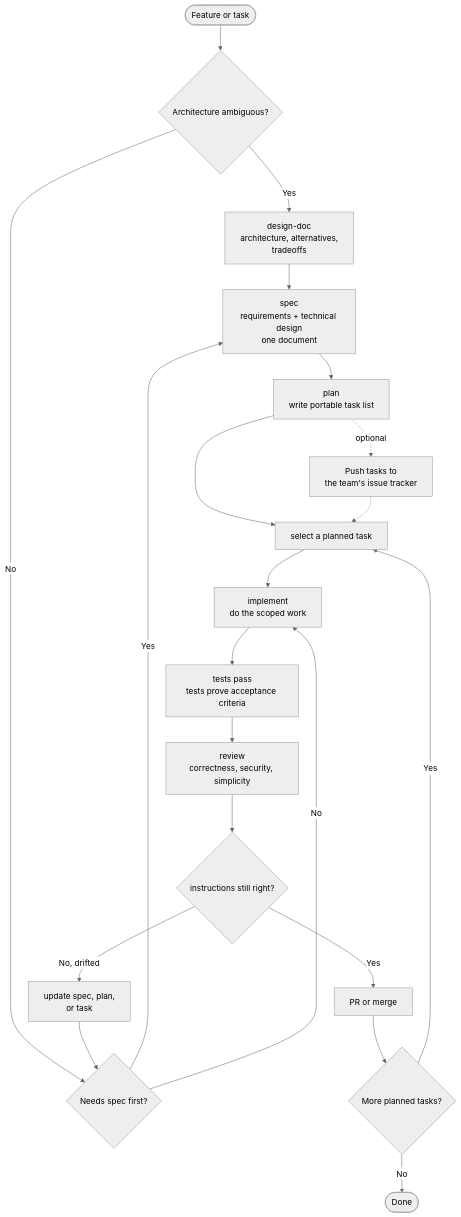
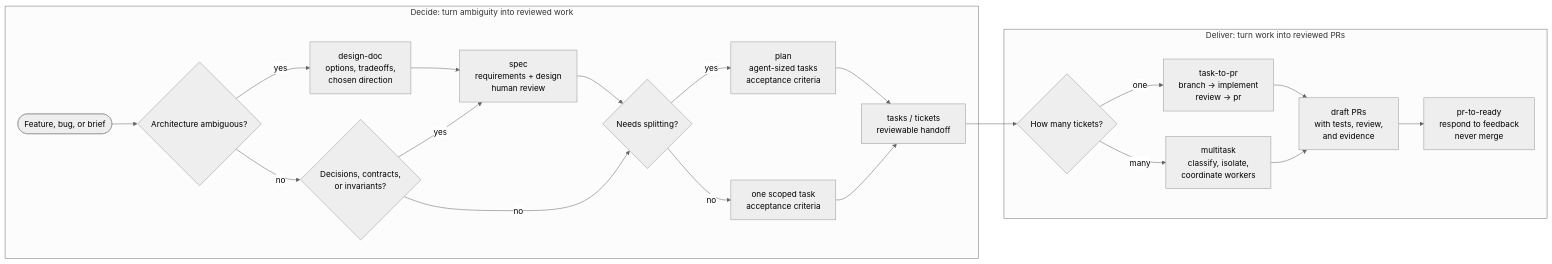
The first of 2 diagrams in README.md (owainlewis/blueprint), drawn with Mermaid (neutral theme) before and after one commit. The commit also changed other lines of this file, not shown here.

Commit message:
docs: add multitask workflow diagrams

````diff
--- a/README.md
+++ b/README.md
@@ -32,23 +34,37 @@
 ```mermaid
-flowchart TD
-    Start([Feature or task]) --> Architecture{Architecture ambiguous?}
-    Architecture -->|Yes| Design[design-doc<br/>architecture, alternatives,<br/>tradeoffs]
-    Architecture -->|No| Choice{Needs spec first?}
-    Design --> Spec
-    Choice -->|Yes| Spec[spec<br/>requirements + technical design<br/>one document]
-    Choice -->|No| Implement[implement<br/>do the scoped work]
-    Spec --> Plan[plan<br/>write portable task list]
-    Plan --> Task[select a planned task]
-    Plan -. optional .-> Destination[Push tasks to<br/>the team's issue tracker]
-    Destination -.-> Task
-    Task --> Implement
-    Implement --> Tests[tests pass<br/>tests prove acceptance criteria]
-    Tests --> Review[review<br/>correctness, security, simplicity]
-    Review --> Decision{instructions still right?}
-    Decision -->|Yes| Ship[PR or merge]
-    Decision -->|No, drifted| Update[update spec, plan,<br/>or task]
-    Update --> Choice
-    Ship --> More{More planned tasks?}
-    More -->|Yes| Task
-    More -->|No| Done([Done])
+flowchart LR
+    subgraph Decide["Decide: turn ambiguity into reviewed work"]
+        Request([Feature, bug, or brief])
+        Architecture{Architecture ambiguous?}
+        Design["design-doc<br/>options, tradeoffs,<br/>chosen direction"]
+        SpecGate{Decisions, contracts,<br/>or invariants?}
+        Spec["spec<br/>requirements + design<br/>human review"]
+        PlanGate{Needs splitting?}
+        Plan["plan<br/>agent-sized tasks<br/>acceptance criteria"]
+        Direct["one scoped task<br/>acceptance criteria"]
+        Tickets["tasks / tickets<br/>reviewable handoff"]
+
+        Request --> Architecture
+        Architecture -->|yes| Design --> Spec
+        Architecture -->|no| SpecGate
+        SpecGate -->|yes| Spec
+        SpecGate -->|no| PlanGate
+        Spec --> PlanGate
+        PlanGate -->|yes| Plan --> Tickets
+        PlanGate -->|no| Direct --> Tickets
+    end
+
+    subgraph Deliver["Deliver: turn work into reviewed PRs"]
+        Count{How many tickets?}
+        One["task-to-pr<br/>branch -> implement<br/>review -> pr"]
+        Many["multitask<br/>classify, isolate,<br/>coordinate workers"]
+        PRs["draft PRs<br/>with tests, review,<br/>and evidence"]
+        Ready["pr-to-ready<br/>respond to feedback<br/>never merge"]
+
+        Count -->|one| One --> PRs
+        Count -->|many| Many --> PRs
+        PRs --> Ready
+    end
+
+    Tickets --> Count
 ```
````
